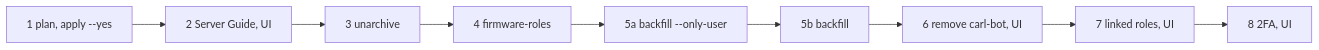
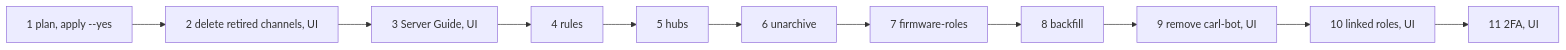
Before and after one commit to OpenDrone-hw/discord: the fourth of 4 diagrams in README.md, drawn with Mermaid. The commit also changed other lines of this file and 33 other files, not shown here.

````diff
--- a/README.md
+++ b/README.md
@@ -346,4 +360,4 @@
 ```mermaid
 flowchart LR
-  A[1 plan, apply --yes] --> G[2 Server Guide, UI] --> U[3 unarchive] --> F[4 firmware-roles] --> B1[5a backfill --only-user] --> B2[5b backfill] --> K[6 remove carl-bot, UI] --> L[7 linked roles, UI] --> T[8 2FA, UI]
+  A[1 plan, apply --yes] --> D[2 delete retired channels, UI] --> G[3 Server Guide, UI] --> R[4 rules] --> H[5 hubs] --> U[6 unarchive] --> F[7 firmware-roles] --> B[8 backfill] --> K[9 remove carl-bot, UI] --> L[10 linked roles, UI] --> T[11 2FA, UI]
 ```
````
